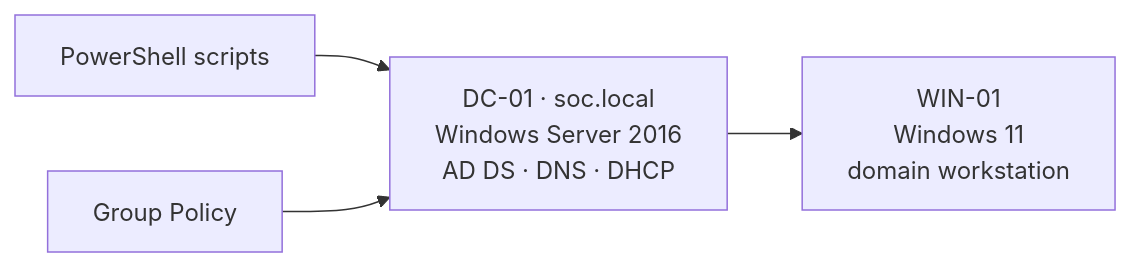
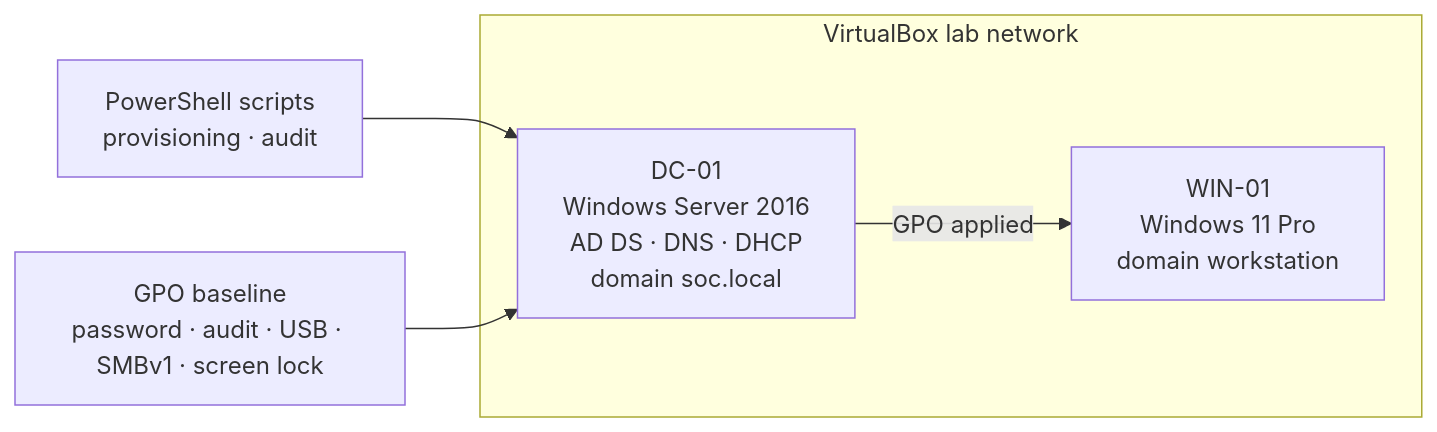
The diagram in README.md (Yassine-ElJide/homelab-windows-ad), drawn with Mermaid before and after one commit. The commit also changed other lines of this file and 4 other files, not shown here.

````diff
--- a/README.md
+++ b/README.md
@@ -7,6 +24,10 @@
 ```mermaid
 flowchart LR
-  DC[DC-01 · soc.local<br>Windows Server 2016<br>AD DS · DNS · DHCP] --> C[WIN-01<br>Windows 11<br>domain workstation]
-  PS[PowerShell scripts] --> DC
-  GPO[Group Policy] --> DC
+  subgraph LAB["VirtualBox lab network"]
+    DC[DC-01<br>Windows Server 2016<br>AD DS · DNS · DHCP<br>domain soc.local]
+    W[WIN-01<br>Windows 11 Pro<br>domain workstation]
+  end
+  PS[PowerShell scripts<br>provisioning · audit] --> DC
+  GPO[GPO baseline<br>password · audit · USB · SMBv1 · screen lock] --> DC
+  DC -->|GPO applied| W
 ```
````
